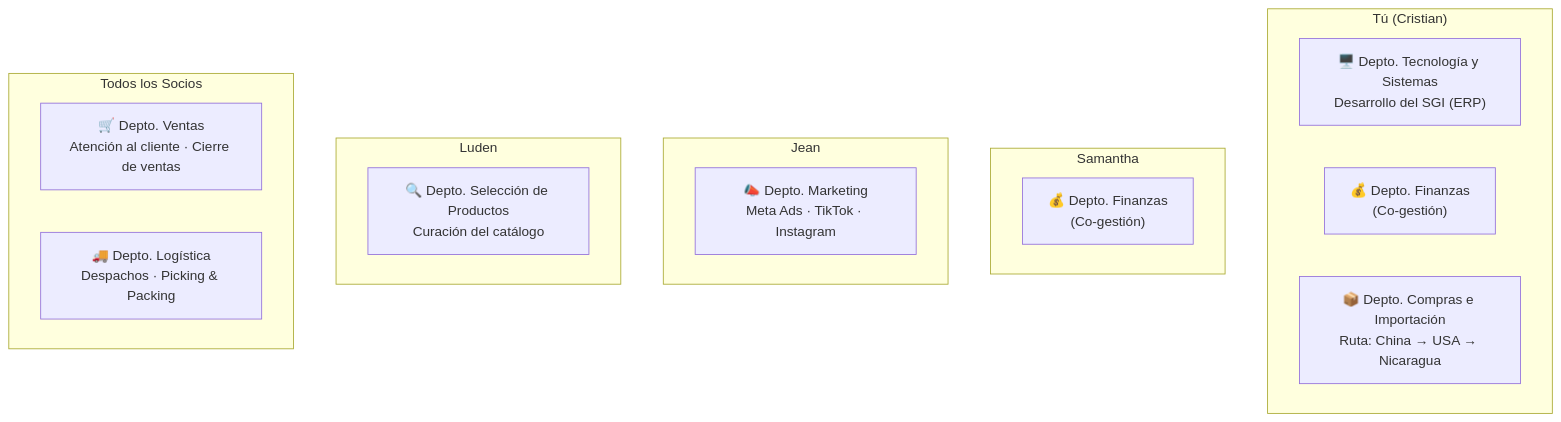
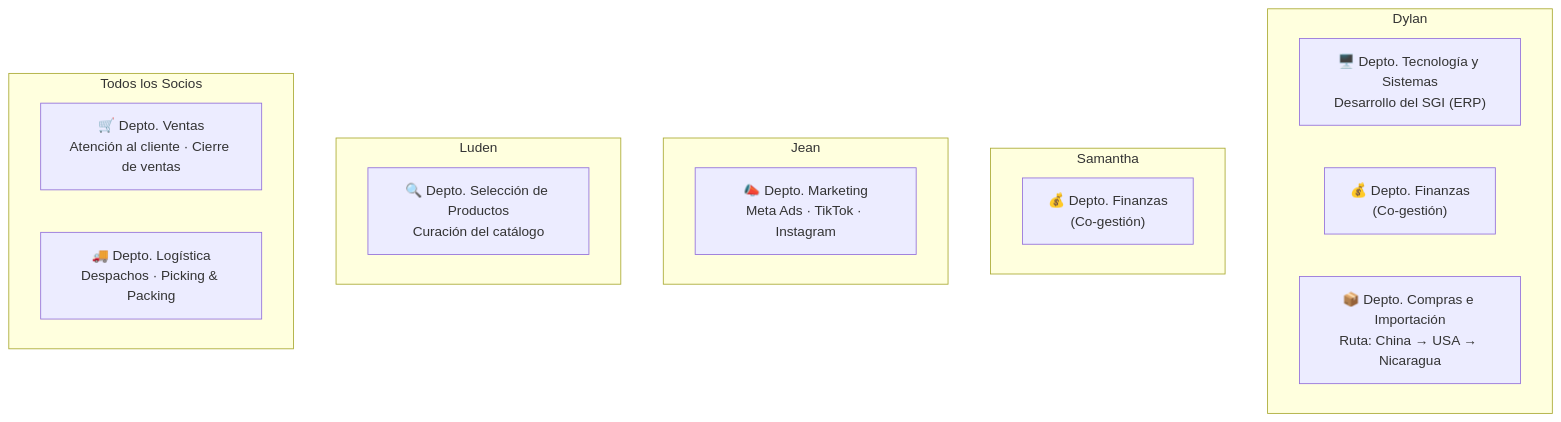
Before and after one commit to drizo2204/mis_recursos: the first of 3 diagrams in analisis_ejecutivo_la_comarca.md, drawn with Mermaid.

Commit message:
Update team structure diagram in markdown file

````diff
--- a/analisis_ejecutivo_la_comarca.md
+++ b/analisis_ejecutivo_la_comarca.md
@@ -23,25 +23,25 @@
 ```mermaid
 graph TD
-    subgraph "Tú (Cristian)"
+    subgraph "Dylan"
         A1["🖥️ Depto. Tecnología y Sistemas<br/>Desarrollo del SGI (ERP)"]
         A2["💰 Depto. Finanzas<br/>(Co-gestión)"]
         A3["📦 Depto. Compras e Importación<br/>Ruta: China → USA → Nicaragua"]
     end
 
     subgraph "Samantha"
         B1["💰 Depto. Finanzas<br/>(Co-gestión)"]
     end
 
     subgraph "Jean"
         C1["📣 Depto. Marketing<br/>Meta Ads · TikTok · Instagram"]
     end
 
     subgraph "Luden"
         D1["🔍 Depto. Selección de Productos<br/>Curación del catálogo"]
     end
 
     subgraph "Todos los Socios"
         E1["🛒 Depto. Ventas<br/>Atención al cliente · Cierre de ventas"]
         E2["🚚 Depto. Logística<br/>Despachos · Picking & Packing"]
     end
 ```
````
